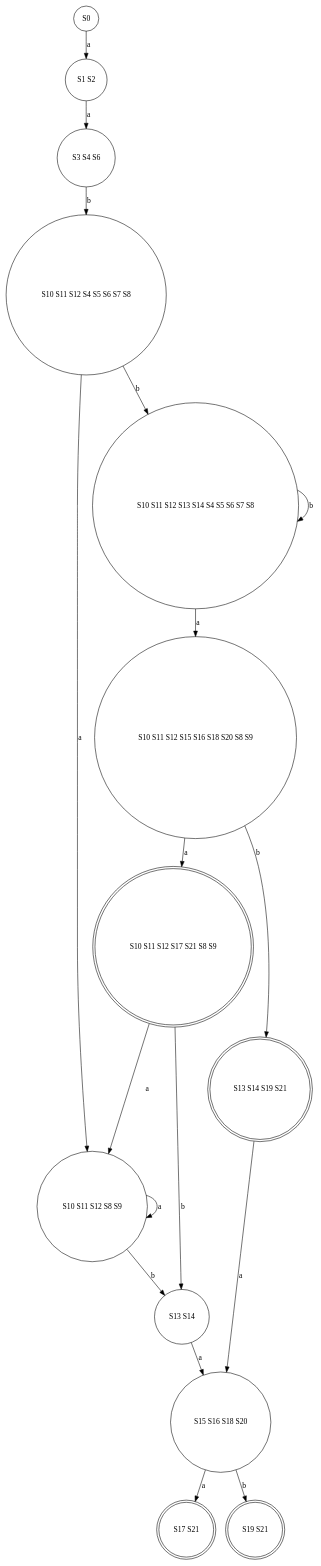
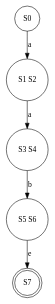
One commit to ZiadSheriif/AutoMajestic changed the diagram in output/dfa/dfa.gv. Above: the diagram before and after it, drawn with Graphviz. The commit also changed 7 other files, not shown here.

```diff
--- a/output/dfa/dfa.gv
+++ b/output/dfa/dfa.gv
@@ -1,32 +1,11 @@
 digraph DFA {
 	S0 [shape=circle]
 	S0 -> "S1 S2" [label=a]
 	"S1 S2" [shape=circle]
-	"S1 S2" -> "S3 S4 S6" [label=a]
-	"S3 S4 S6" [shape=circle]
-	"S3 S4 S6" -> "S10 S11 S12 S4 S5 S6 S7 S8" [label=b]
-	"S10 S11 S12 S4 S5 S6 S7 S8" [shape=circle]
-	"S10 S11 S12 S4 S5 S6 S7 S8" -> "S10 S11 S12 S8 S9" [label=a]
-	"S10 S11 S12 S4 S5 S6 S7 S8" -> "S10 S11 S12 S13 S14 S4 S5 S6 S7 S8" [label=b]
-	"S10 S11 S12 S8 S9" [shape=circle]
-	"S10 S11 S12 S8 S9" -> "S10 S11 S12 S8 S9" [label=a]
-	"S10 S11 S12 S8 S9" -> "S13 S14" [label=b]
-	"S10 S11 S12 S13 S14 S4 S5 S6 S7 S8" [shape=circle]
-	"S10 S11 S12 S13 S14 S4 S5 S6 S7 S8" -> "S10 S11 S12 S15 S16 S18 S20 S8 S9" [label=a]
-	"S10 S11 S12 S13 S14 S4 S5 S6 S7 S8" -> "S10 S11 S12 S13 S14 S4 S5 S6 S7 S8" [label=b]
-	"S13 S14" [shape=circle]
-	"S13 S14" -> "S15 S16 S18 S20" [label=a]
-	"S10 S11 S12 S15 S16 S18 S20 S8 S9" [shape=circle]
-	"S10 S11 S12 S15 S16 S18 S20 S8 S9" -> "S10 S11 S12 S17 S21 S8 S9" [label=a]
-	"S10 S11 S12 S15 S16 S18 S20 S8 S9" -> "S13 S14 S19 S21" [label=b]
-	"S15 S16 S18 S20" [shape=circle]
-	"S15 S16 S18 S20" -> "S17 S21" [label=a]
-	"S15 S16 S18 S20" -> "S19 S21" [label=b]
-	"S10 S11 S12 S17 S21 S8 S9" [shape=doublecircle]
-	"S10 S11 S12 S17 S21 S8 S9" -> "S10 S11 S12 S8 S9" [label=a]
-	"S10 S11 S12 S17 S21 S8 S9" -> "S13 S14" [label=b]
-	"S13 S14 S19 S21" [shape=doublecircle]
-	"S13 S14 S19 S21" -> "S15 S16 S18 S20" [label=a]
-	"S17 S21" [shape=doublecircle]
-	"S19 S21" [shape=doublecircle]
+	"S1 S2" -> "S3 S4" [label=a]
+	"S3 S4" [shape=circle]
+	"S3 S4" -> "S5 S6" [label=b]
+	"S5 S6" [shape=circle]
+	"S5 S6" -> S7 [label=e]
+	S7 [shape=doublecircle]
 }
```
